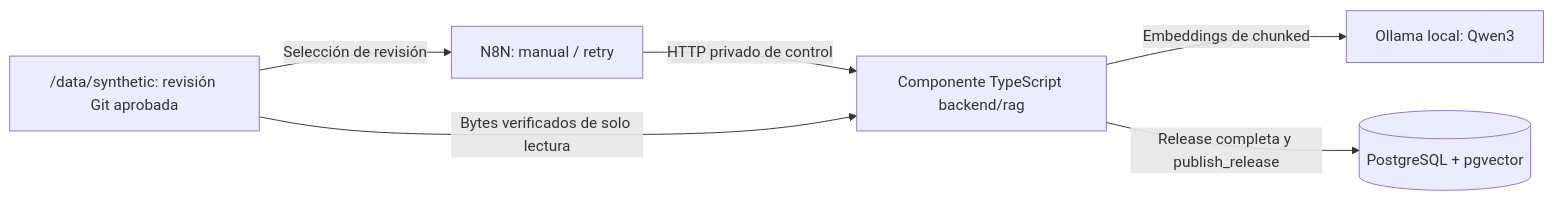
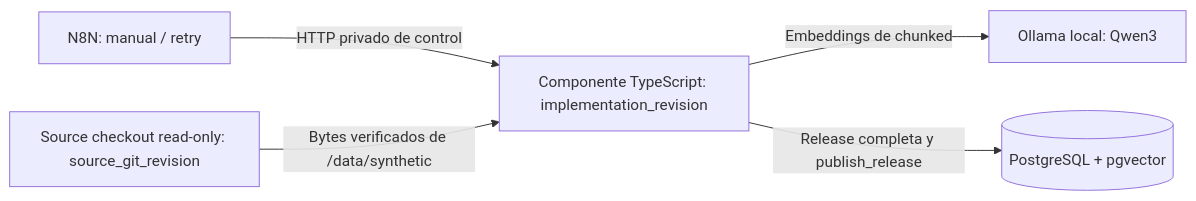
The second of 3 diagrams in docs/arquitectura.md (XeyKG/BanuChat_), drawn with Mermaid before and after one commit. The commit also changed other lines of this file and 3 other files, not shown here.

````diff
--- a/docs/arquitectura.md
+++ b/docs/arquitectura.md
@@ -69,8 +69,7 @@
 ```mermaid
 flowchart LR
-    source["/data/synthetic: revisión Git aprobada"] -->|"Selección de revisión"| orchestrator["N8N: manual / retry"]
-    orchestrator -->|"HTTP privado de control"| ingestion["Componente TypeScript backend/rag"]
-    source -->|"Bytes verificados de solo lectura"| ingestion
+    orchestrator["N8N: manual / retry"] -->|"HTTP privado de control"| ingestion["Componente TypeScript: implementation_revision"]
+    source["Source checkout read-only: source_git_revision"] -->|"Bytes verificados de /data/synthetic"| ingestion
     ingestion -->|"Embeddings de chunked"| ollama["Ollama local: Qwen3"]
     ingestion -->|"Release completa y publish_release"| storage[("PostgreSQL + pgvector")]
 ```
````
